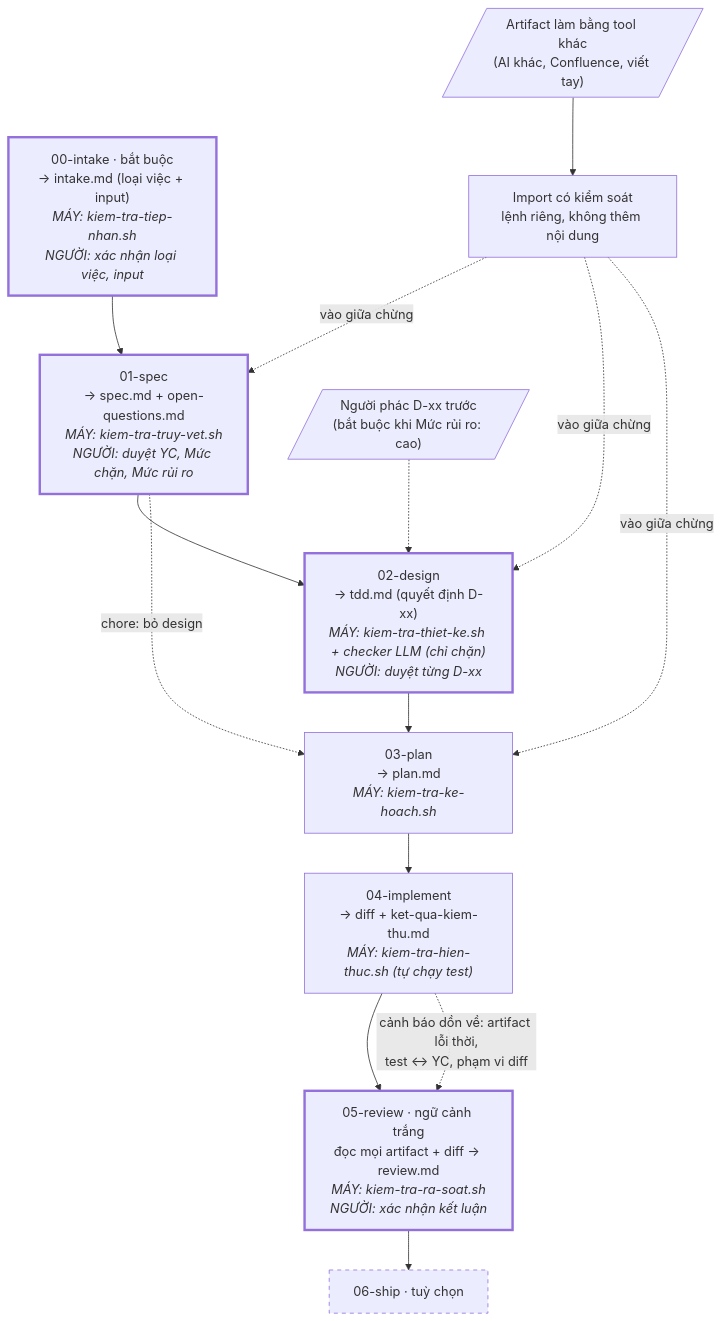
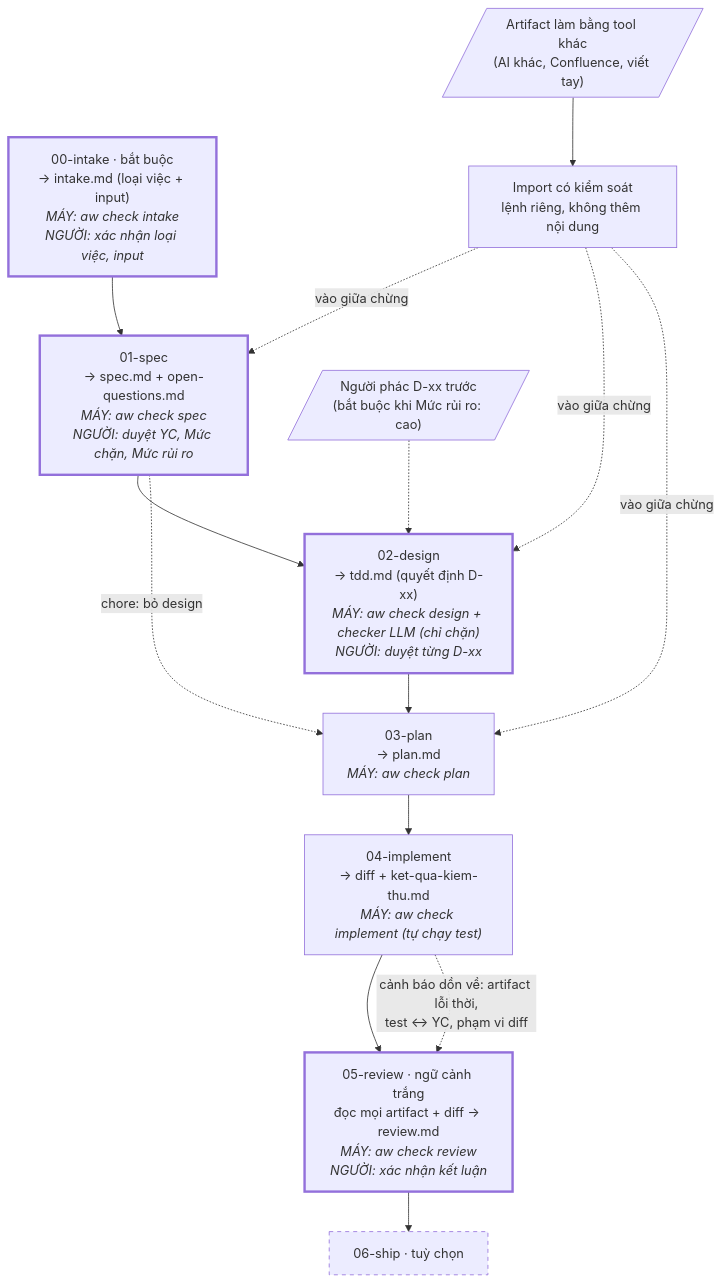
The diagram in README.md (dangminhphuc/agent-workflow), drawn with Mermaid before and after one commit. The commit also changed other lines of this file and 6 other files, not shown here.

````diff
--- a/README.md
+++ b/README.md
@@ -43,31 +46,31 @@
 ```mermaid
 flowchart TD
-    INTAKE["00-intake · bắt buộc<br/>→ intake.md (loại việc + input)<br/><i>MÁY: kiem-tra-tiep-nhan.sh</i><br/><i>NGƯỜI: xác nhận loại việc, input</i>"]
-    SPEC["01-spec<br/>→ spec.md + open-questions.md<br/><i>MÁY: kiem-tra-truy-vet.sh</i><br/><i>NGƯỜI: duyệt YC, Mức chặn, Mức rủi ro</i>"]
+    INTAKE["00-intake · bắt buộc<br/>→ intake.md (loại việc + input)<br/><i>MÁY: aw check intake</i><br/><i>NGƯỜI: xác nhận loại việc, input</i>"]
+    SPEC["01-spec<br/>→ spec.md + open-questions.md<br/><i>MÁY: aw check spec</i><br/><i>NGƯỜI: duyệt YC, Mức chặn, Mức rủi ro</i>"]
     PHAC[/"Người phác D-xx trước<br/>(bắt buộc khi Mức rủi ro: cao)"/]
-    DESIGN["02-design<br/>→ tdd.md (quyết định D-xx)<br/><i>MÁY: kiem-tra-thiet-ke.sh + checker LLM (chỉ chặn)</i><br/><i>NGƯỜI: duyệt từng D-xx</i>"]
-    PLAN["03-plan<br/>→ plan.md<br/><i>MÁY: kiem-tra-ke-hoach.sh</i>"]
-    IMPL["04-implement<br/>→ diff + ket-qua-kiem-thu.md<br/><i>MÁY: kiem-tra-hien-thuc.sh (tự chạy test)</i>"]
-    REVIEW["05-review · ngữ cảnh trắng<br/>đọc mọi artifact + diff → review.md<br/><i>MÁY: kiem-tra-ra-soat.sh</i><br/><i>NGƯỜI: xác nhận kết luận</i>"]
+    DESIGN["02-design<br/>→ tdd.md (quyết định D-xx)<br/><i>MÁY: aw check design + checker LLM (chỉ chặn)</i><br/><i>NGƯỜI: duyệt từng D-xx</i>"]
+    PLAN["03-plan<br/>→ plan.md<br/><i>MÁY: aw check plan</i>"]
+    IMPL["04-implement<br/>→ diff + ket-qua-kiem-thu.md<br/><i>MÁY: aw check implement (tự chạy test)</i>"]
+    REVIEW["05-review · ngữ cảnh trắng<br/>đọc mọi artifact + diff → review.md<br/><i>MÁY: aw check review</i><br/><i>NGƯỜI: xác nhận kết luận</i>"]
     SHIP["06-ship · tuỳ chọn"]
 
     NGOAI[/"Artifact làm bằng tool khác<br/>(AI khác, Confluence, viết tay)"/]
     IMPORT["Import có kiểm soát<br/>lệnh riêng, không thêm nội dung"]
 
     INTAKE --> SPEC --> DESIGN
     PHAC -.-> DESIGN
     DESIGN --> PLAN --> IMPL --> REVIEW --> SHIP
     SPEC -. "chore: bỏ design" .-> PLAN
 
     IMPL -. "cảnh báo dồn về: artifact lỗi thời,<br/>test ↔ YC, phạm vi diff" .-> REVIEW
 
     NGOAI --> IMPORT
     IMPORT -. "vào giữa chừng" .-> SPEC
     IMPORT -. "vào giữa chừng" .-> DESIGN
     IMPORT -. "vào giữa chừng" .-> PLAN
 
     classDef nguoi stroke-width:3px
     classDef tuychon stroke-dasharray:5 5
     class INTAKE,SPEC,DESIGN,REVIEW nguoi
     class SHIP tuychon
 ```
````
